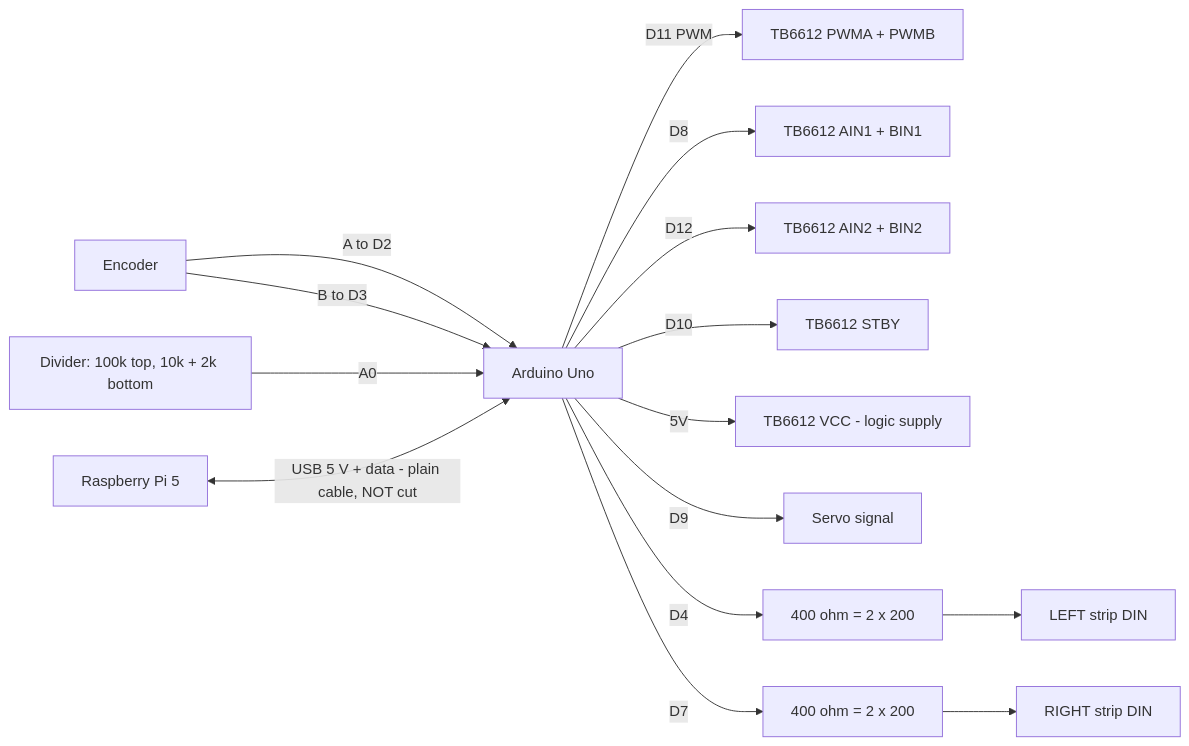
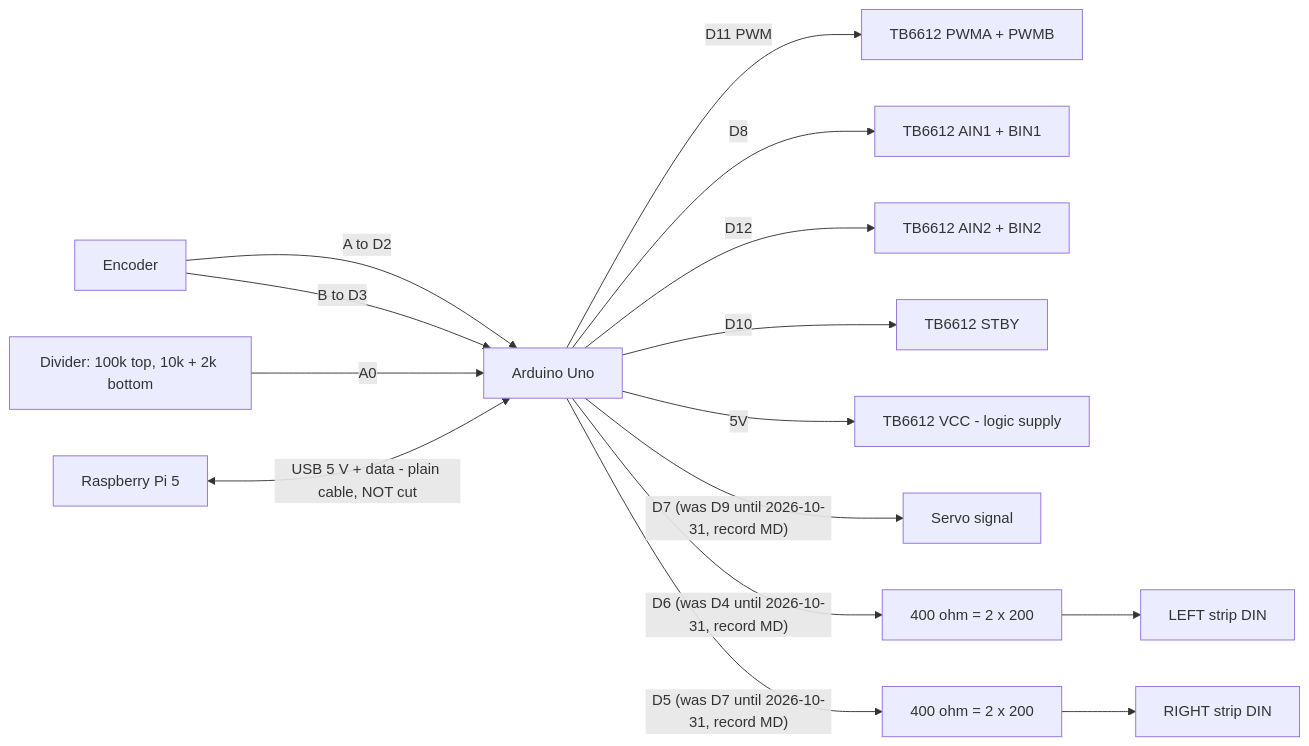
The second of 3 diagrams in docs/WIRING_PROTOSHIELD.md (Evan-Daruwalla/vision-autonomous-car), drawn with Mermaid before and after one commit. The commit also changed other lines of this file and 28 other files, not shown here.

Commit message:
Layout, generators, regenerated SVG/PNGs and prose docs to servo D7 / strips D6, D5 (record MD); no spare PWM pin left noted; suite 34/34

````diff
--- a/docs/WIRING_PROTOSHIELD.md
+++ b/docs/WIRING_PROTOSHIELD.md
@@ -115,17 +115,17 @@
 ```mermaid
 flowchart LR
   UNO["Arduino Uno"]
   UNO -- "D11 PWM" --> TBP["TB6612 PWMA + PWMB"]
   UNO -- "D8" --> TBA["TB6612 AIN1 + BIN1"]
   UNO -- "D12" --> TBB["TB6612 AIN2 + BIN2"]
   UNO -- "D10" --> TBS["TB6612 STBY"]
   UNO -- "5V" --> TBV["TB6612 VCC - logic supply"]
-  UNO -- "D9" --> SERVO["Servo signal"]
-  UNO -- "D4" --> RL["400 ohm = 2 x 200"] --> SL["LEFT strip DIN"]
-  UNO -- "D7" --> RR["400 ohm = 2 x 200"] --> SR["RIGHT strip DIN"]
+  UNO -- "D7 (was D9 until 2026-10-31, record MD)" --> SERVO["Servo signal"]
+  UNO -- "D6 (was D4 until 2026-10-31, record MD)" --> RL["400 ohm = 2 x 200"] --> SL["LEFT strip DIN"]
+  UNO -- "D5 (was D7 until 2026-10-31, record MD)" --> RR["400 ohm = 2 x 200"] --> SR["RIGHT strip DIN"]
   ENC["Encoder"] -- "A to D2" --> UNO
   ENC -- "B to D3" --> UNO
   DIV["Divider: 100k top, 10k + 2k bottom"] -- "A0" --> UNO
   %% 2026-10-29 (record JF): was "USB data - 5 V wire CUT" - superseded, the cable is plain
   PI["Raspberry Pi 5"] <-- "USB 5 V + data - plain cable, NOT cut" --> UNO
 ```
````
